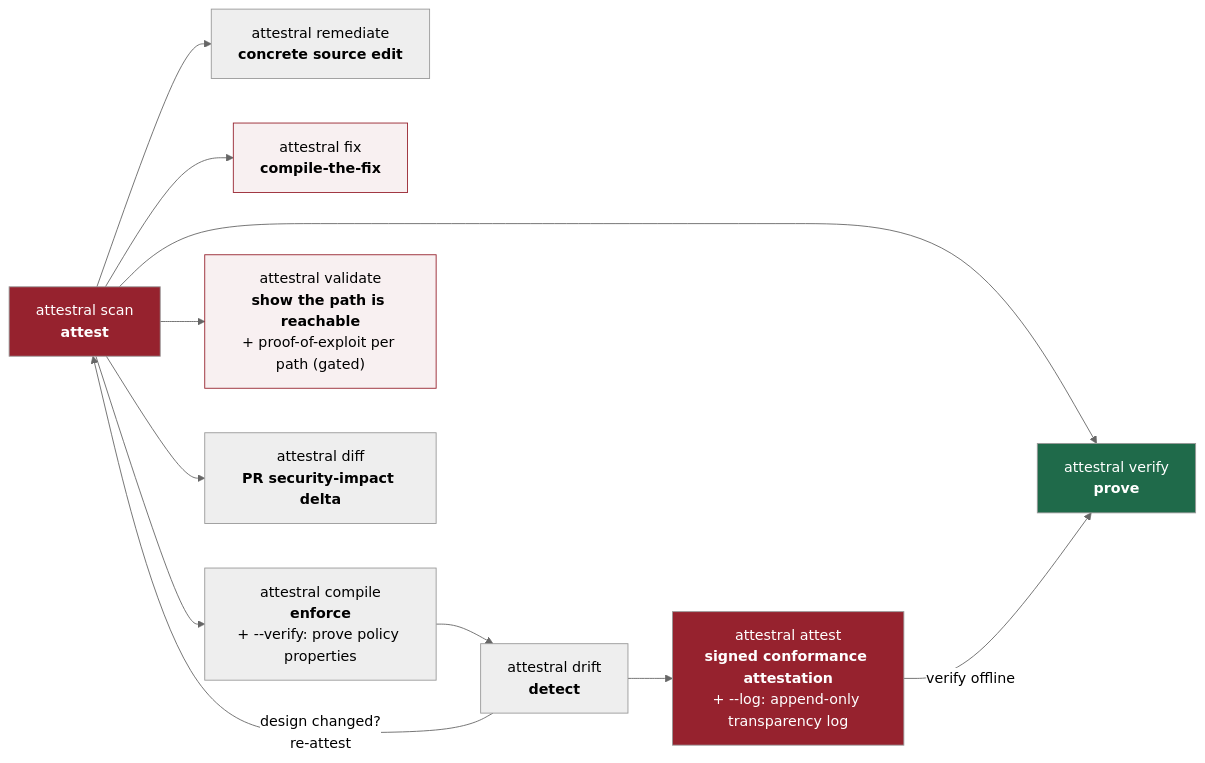
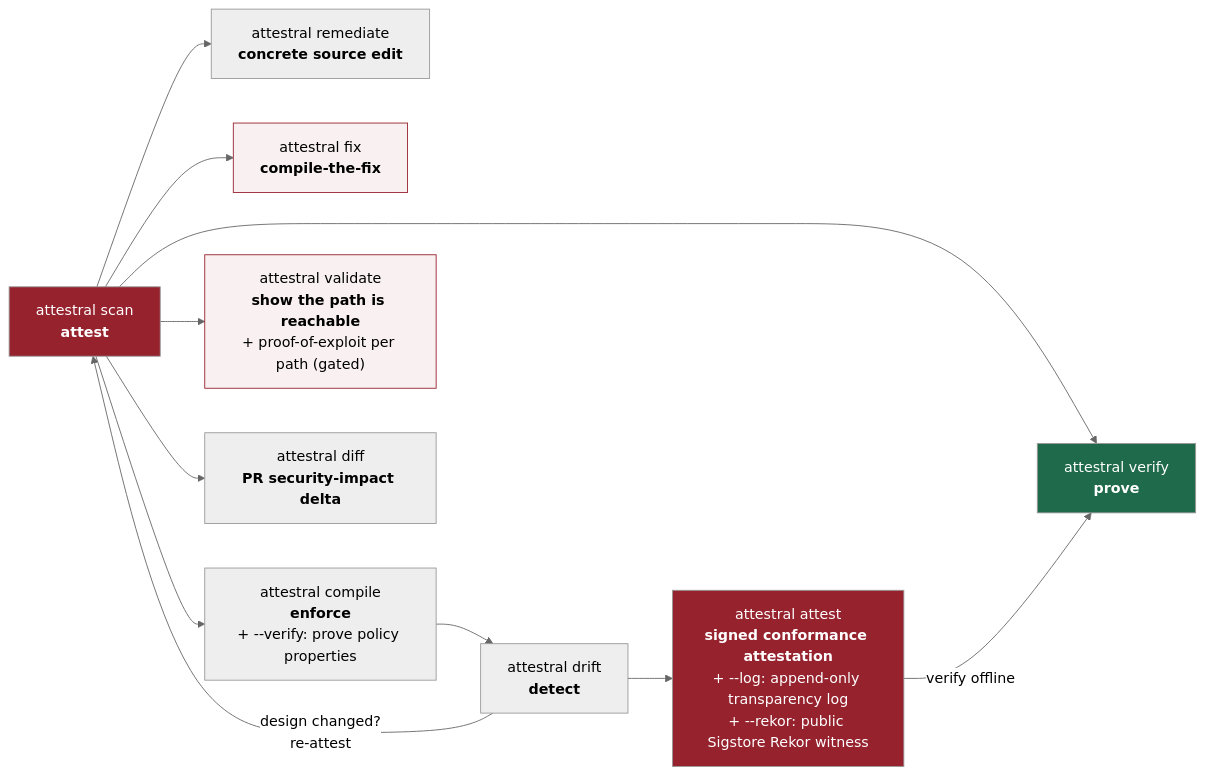
Before and after one commit to attestral-labs/attestral: the second of 4 diagrams in README.md, drawn with Mermaid (neutral theme). The commit also changed other lines of this file and 7 other files, not shown here.

````diff
--- a/README.md
+++ b/README.md
@@ -286,18 +286,18 @@
 ```mermaid
 flowchart LR
     A["attestral scan<br/><b>attest</b>"] --> B["attestral verify<br/><b>prove</b>"]
     A --> R["attestral remediate<br/><b>concrete source edit</b>"]
     A --> F["attestral fix<br/><b>compile-the-fix</b>"]
     A --> C["attestral compile<br/><b>enforce</b><br/>+ --verify: prove policy properties"]
     C --> D["attestral drift<br/><b>detect</b>"]
-    D --> AT["attestral attest<br/><b>signed conformance attestation</b><br/>+ --log: append-only transparency log"]
+    D --> AT["attestral attest<br/><b>signed conformance attestation</b><br/>+ --log: append-only transparency log<br/>+ --rekor: public Sigstore Rekor witness"]
     AT -->|"verify offline"| B
     D -->|"design changed?<br/>re-attest"| A
     A --> V["attestral validate<br/><b>show the path is reachable</b><br/>+ proof-of-exploit per path (gated)"]
     A --> DF["attestral diff<br/><b>PR security-impact delta</b>"]
     style A fill:#96222E,color:#fff
     style B fill:#1F6A4A,color:#fff
     style F fill:#96222E11,stroke:#96222E
     style V fill:#96222E11,stroke:#96222E
     style AT fill:#96222E,color:#fff
 ```
````
